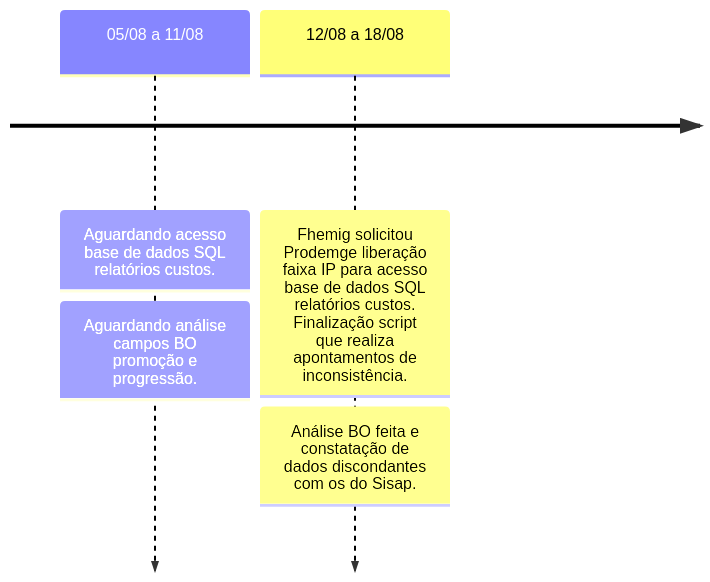
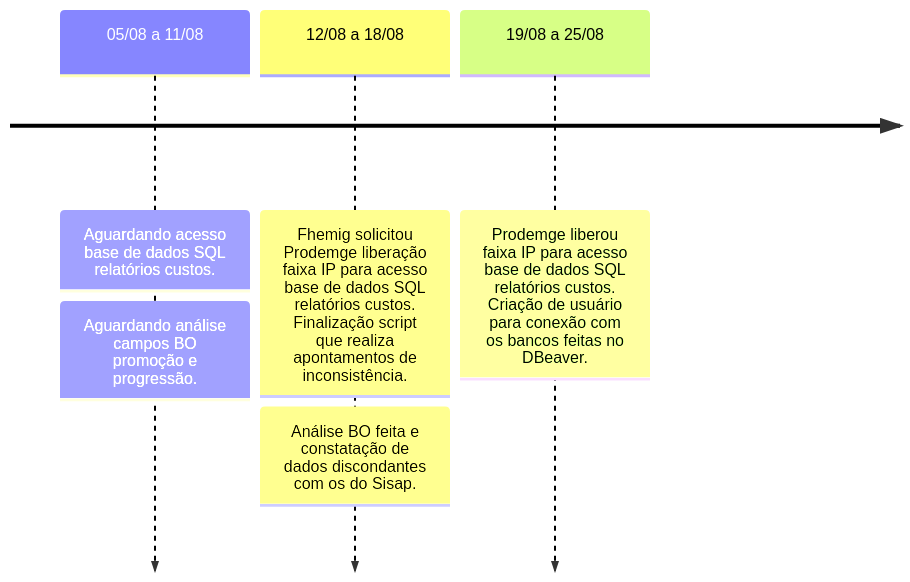
One commit to automatiza-mg/handbook changed the second of 2 diagrams in docs/linha_do_tempo/projeto_fhemig.md. Above: the diagram before and after it, drawn with Mermaid.

Commit message:
add semana 19_08 projeto_fhemig.md

````diff
--- a/docs/linha_do_tempo/projeto_fhemig.md
+++ b/docs/linha_do_tempo/projeto_fhemig.md
@@ -29,7 +29,8 @@
     ```mermaid
     timeline
         05/08 a 11/08 : Aguardando acesso base de dados SQL relatórios custos.
                       : Aguardando análise campos BO promoção e progressão.
         12/08 a 18/08 : Fhemig solicitou Prodemge liberação faixa IP para acesso base de dados SQL relatórios custos. Finalização script que realiza apontamentos de inconsistência.
                       : Análise BO feita e constatação de dados discondantes com os do Sisap.
+        19/08 a 25/08 : Prodemge liberou faixa IP para acesso base de dados SQL relatórios custos. Criação de usuário para conexão com os bancos feitas no DBeaver.
     ```
````
